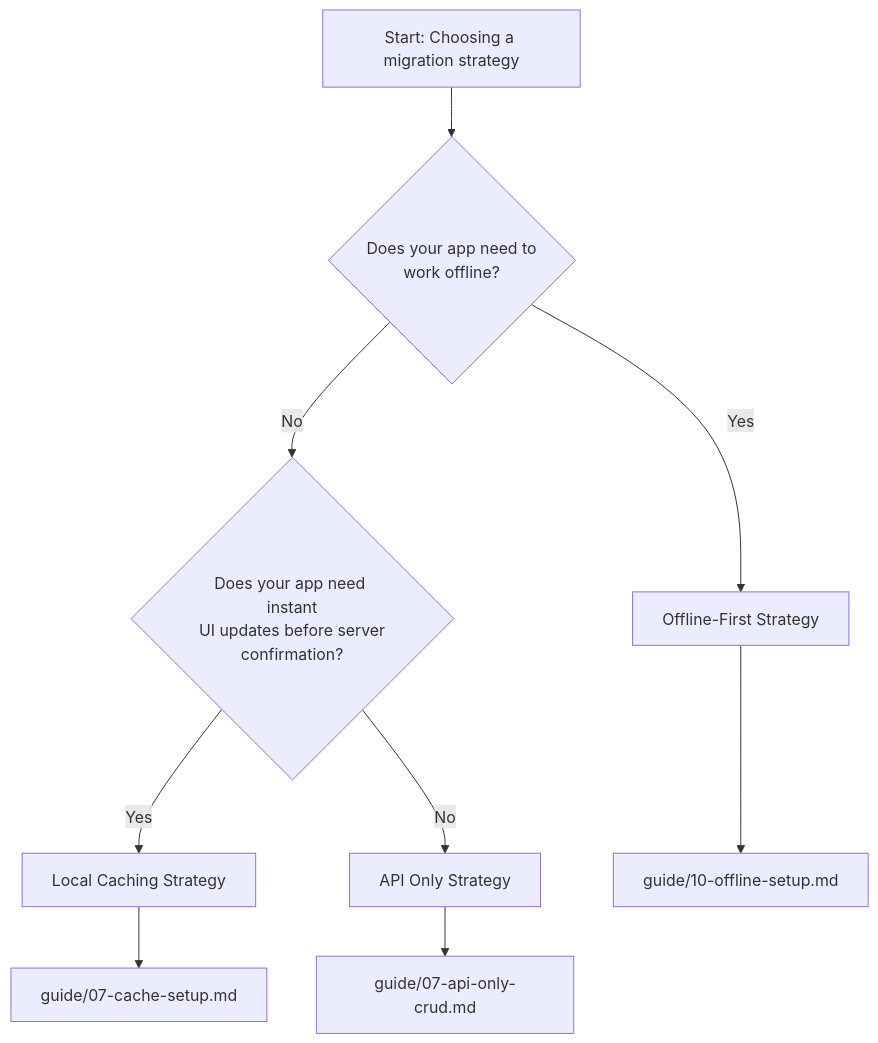
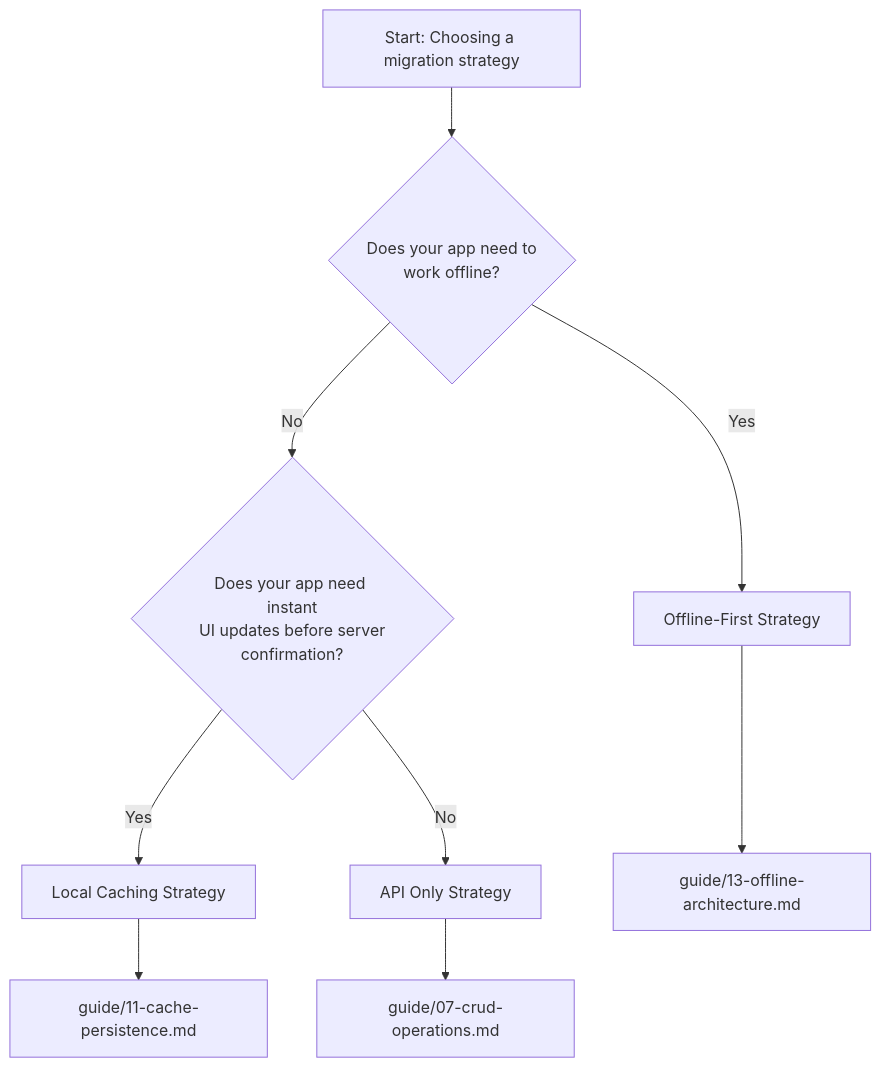
The diagram in guide/01-decision-framework.md (ahmedhamouda78/amplify-js), drawn with Mermaid before and after one commit. The commit also changed other lines of this file and 16 other files, not shown here.

````diff
--- a/guide/01-decision-framework.md
+++ b/guide/01-decision-framework.md
@@ -24,12 +24,12 @@
 ```mermaid
 flowchart TD
     A[Start: Choosing a migration strategy] --> B{Does your app need to\nwork offline?}
     B -->|Yes| C[Offline-First Strategy]
     B -->|No| D{Does your app need instant\nUI updates before server\nconfirmation?}
     D -->|Yes| E[Local Caching Strategy]
     D -->|No| F[API Only Strategy]
 
-    C --> G[guide/10-offline-setup.md]
-    E --> H[guide/07-cache-setup.md]
-    F --> I[guide/07-api-only-crud.md]
+    C --> G[guide/13-offline-architecture.md]
+    E --> H[guide/11-cache-persistence.md]
+    F --> I[guide/07-crud-operations.md]
 ```
````
